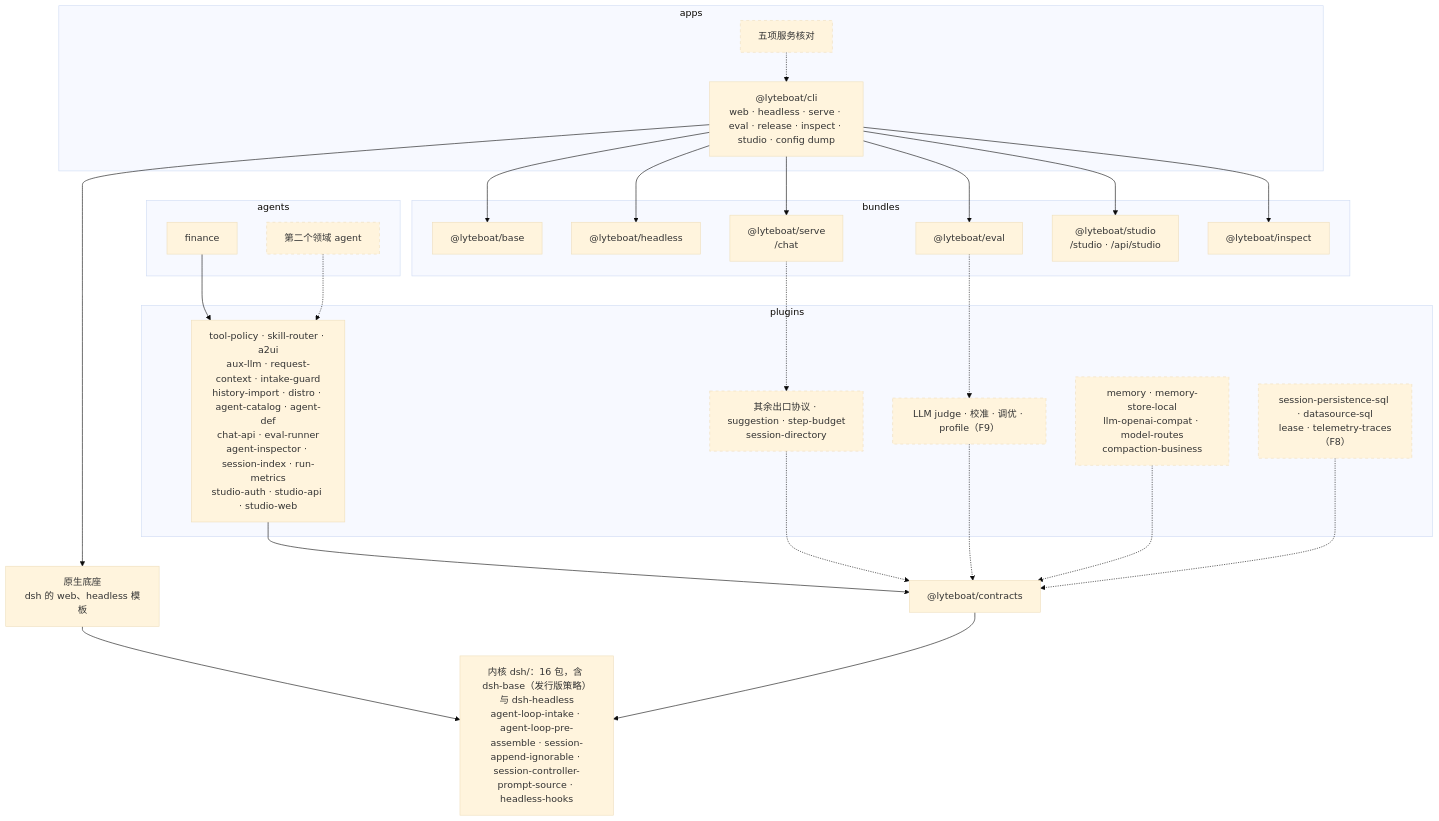
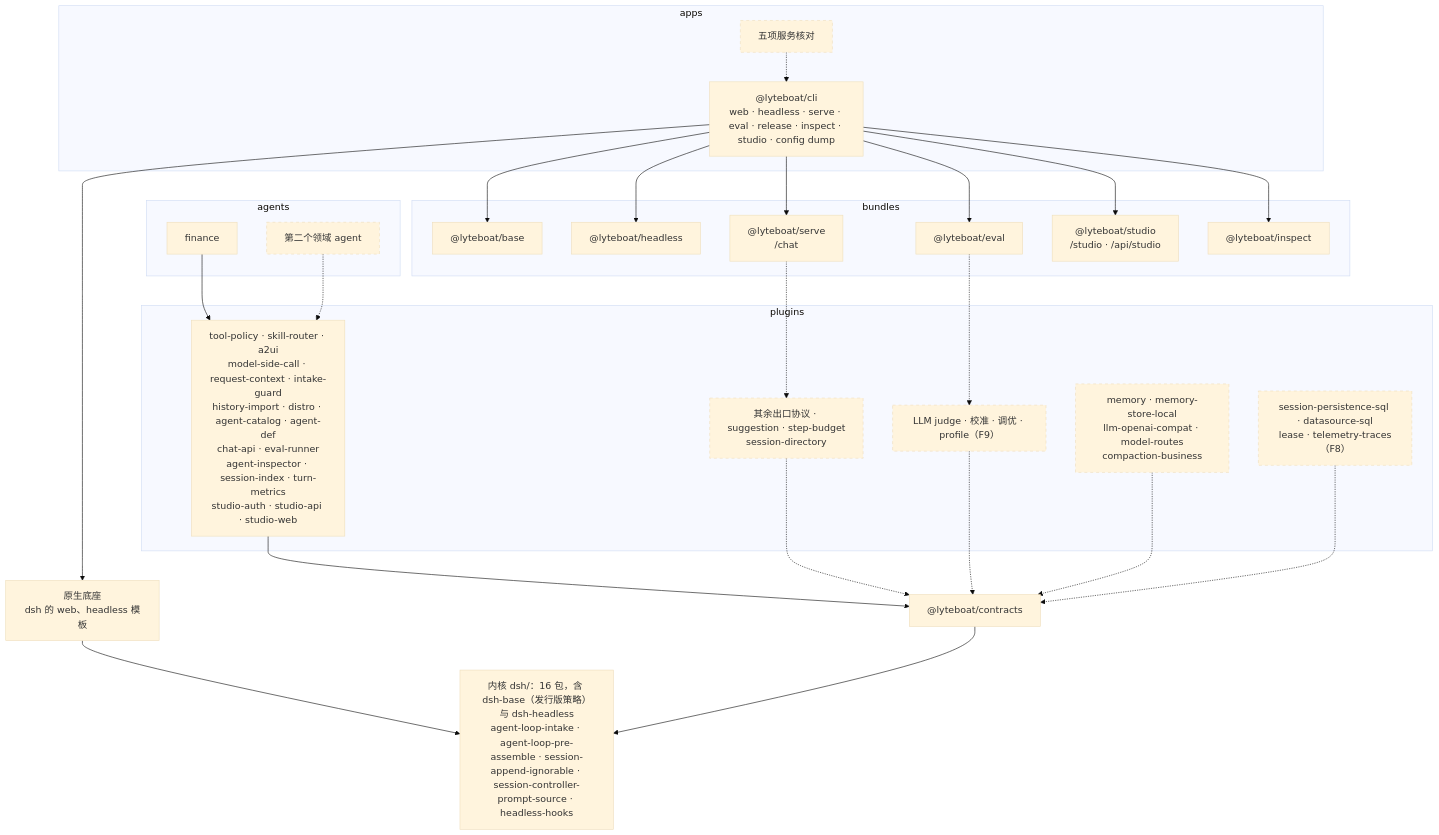
The second of 3 diagrams in docs/04-reference-alignment.md (lyteboat/lyteboat), drawn with Mermaid (base theme) before and after one commit. The commit also changed other lines of this file and 78 other files, not shown here.

````diff
--- a/docs/04-reference-alignment.md
+++ b/docs/04-reference-alignment.md
@@ -720,50 +721,50 @@
 ```mermaid
 flowchart TB
   subgraph APPS["apps"]
     CLI["@lyteboat/cli<br/>web · headless · serve · eval · release · inspect · studio · config dump"]
     CLIN["五项服务核对"]
   end
   subgraph BUNDLES["bundles"]
     BASE["@lyteboat/base"]
     RUN["@lyteboat/headless"]
     SERVE["@lyteboat/serve<br/>/chat"]
     EVAL["@lyteboat/eval"]
     STUDIO["@lyteboat/studio<br/>/studio · /api/studio"]
     INSPECT["@lyteboat/inspect"]
   end
   subgraph AGENTS["agents"]
     FIN["finance"]
     AG2["第二个领域 agent"]
   end
   subgraph PLUGINS["plugins"]
-    HAVE["tool-policy · skill-router · a2ui<br/>aux-llm · request-context · intake-guard<br/>history-import · distro · agent-catalog · agent-def<br/>chat-api · eval-runner<br/>agent-inspector · session-index · run-metrics<br/>studio-auth · studio-api · studio-web"]
+    HAVE["tool-policy · skill-router · a2ui<br/>model-side-call · request-context · intake-guard<br/>history-import · distro · agent-catalog · agent-def<br/>chat-api · eval-runner<br/>agent-inspector · session-index · turn-metrics<br/>studio-auth · studio-api · studio-web"]
     WIRE["其余出口协议 · suggestion · step-budget<br/>session-directory"]
     JUDGE["LLM judge · 校准 · 调优 · profile（F9）"]
     MEM["memory · memory-store-local<br/>llm-openai-compat · model-routes<br/>compaction-business"]
     MULTI["session-persistence-sql · datasource-sql<br/>lease · telemetry-traces（F8）"]
   end
   NATIVE["原生底座<br/>dsh 的 web、headless 模板"]
   CT["@lyteboat/contracts"]
   K["内核 dsh/：16 包，含 dsh-base（发行版策略）与 dsh-headless<br/>agent-loop-intake · agent-loop-pre-assemble · session-append-ignorable · session-controller-prompt-source · headless-hooks"]
   CLI --> NATIVE
   NATIVE --> K
   CLI --> BASE
   CLI --> RUN
   CLI --> SERVE
   CLI --> EVAL
   CLI --> STUDIO
   CLI --> INSPECT
   CLIN -.-> CLI
   SERVE -.-> WIRE
   EVAL -.-> JUDGE
   FIN --> HAVE
   AG2 -.-> HAVE
   HAVE --> CT
   WIRE -.-> CT
   JUDGE -.-> CT
   MEM -.-> CT
   MULTI -.-> CT
   CT --> K
   classDef planned stroke-dasharray: 5 5
   class CLIN,AG2,WIRE,JUDGE,MEM,MULTI planned
 ```
````
